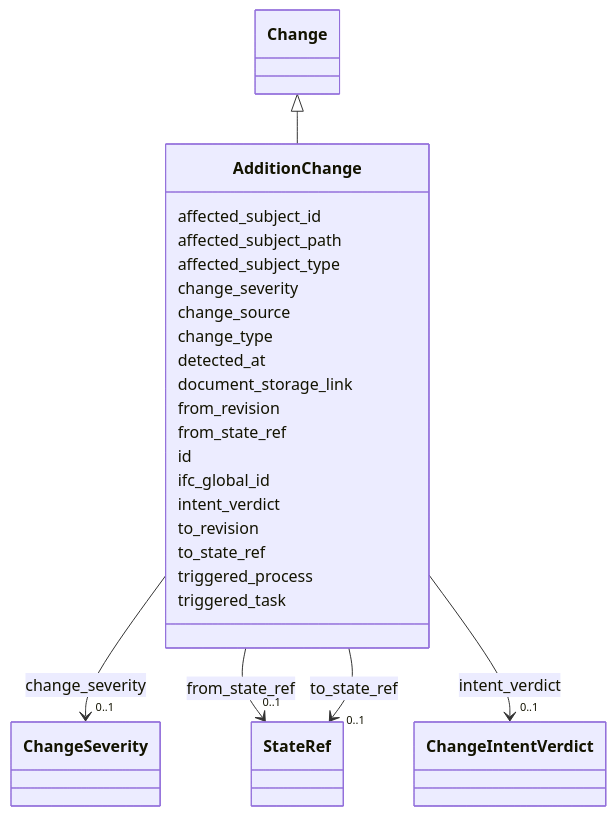
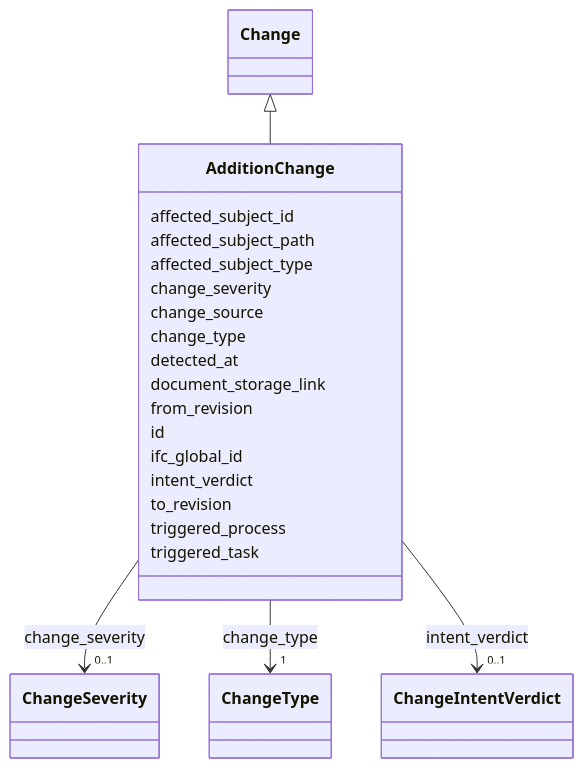
One commit to simondilhas/pragmatic-bim-schema changed the diagram in site/schema/AdditionChange.md. Above: the diagram before and after it, drawn with Mermaid. The commit also changed other lines of this file and 443 other files, not shown here.

````diff
--- a/site/schema/AdditionChange.md
+++ b/site/schema/AdditionChange.md
@@ -23,32 +23,28 @@
 ```mermaid
  classDiagram
     class AdditionChange
     click AdditionChange href "./AdditionChange.html"
       Change <|-- AdditionChange
         click Change href "./Change.html"
       AdditionChange : affected_subject_id
       AdditionChange : affected_subject_path
       AdditionChange : affected_subject_type
       AdditionChange : change_severity
         AdditionChange --> "0..1" ChangeSeverity : change_severity
         click ChangeSeverity href "./ChangeSeverity.html"
       AdditionChange : change_source
       AdditionChange : change_type
+        AdditionChange --> "1" ChangeType : change_type
+        click ChangeType href "./ChangeType.html"
       AdditionChange : detected_at
       AdditionChange : document_storage_link
       AdditionChange : from_revision
-      AdditionChange : from_state_ref
-        AdditionChange --> "0..1" StateRef : from_state_ref
-        click StateRef href "./StateRef.html"
       AdditionChange : id
       AdditionChange : ifc_global_id
       AdditionChange : intent_verdict
         AdditionChange --> "0..1" ChangeIntentVerdict : intent_verdict
         click ChangeIntentVerdict href "./ChangeIntentVerdict.html"
       AdditionChange : to_revision
-      AdditionChange : to_state_ref
-        AdditionChange --> "0..1" StateRef : to_state_ref
-        click StateRef href "./StateRef.html"
       AdditionChange : triggered_process
       AdditionChange : triggered_task
 ```
````
